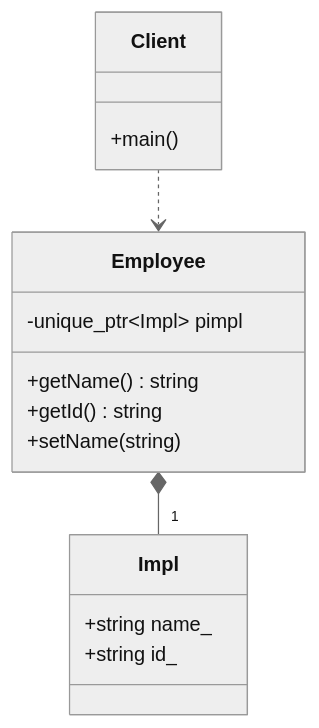
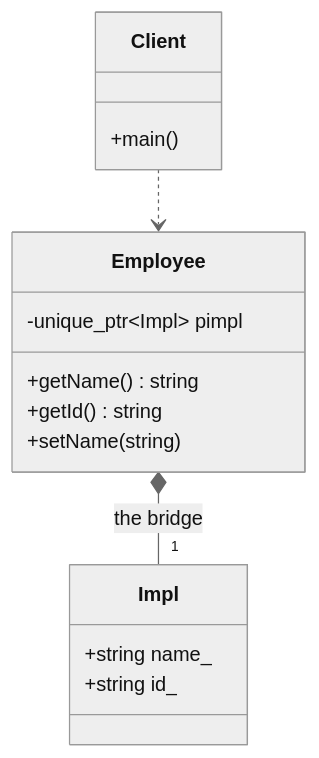
Before and after one commit to Cichlidfishexigency721/Modern-CPP-Design-Patterns: the diagram in 09_Bridge/Bridge_Impl/README.md, drawn with Mermaid (neutral theme). The commit also changed 1 other file, not shown here.

Commit message:
UML improvement

````diff
--- a/09_Bridge/Bridge_Impl/README.md
+++ b/09_Bridge/Bridge_Impl/README.md
@@ -28,24 +28,24 @@
 ```mermaid
 classDiagram
    class Employee {
       -unique_ptr~Impl~ pimpl
       +getName() string
       +getId() string
       +setName(string)
    }
 
    class Impl {
       +string name_
       +string id_
    }
 
    class Client {
       +main()
    }
 
    %% The Bridge (Pimpl): Employee owns the implementation object
-   Employee *-- "1" Impl
+   Employee *-- "1" Impl : the bridge
 
    %% Client only knows about the Employee interface
    Client ..> Employee
 ```
````
